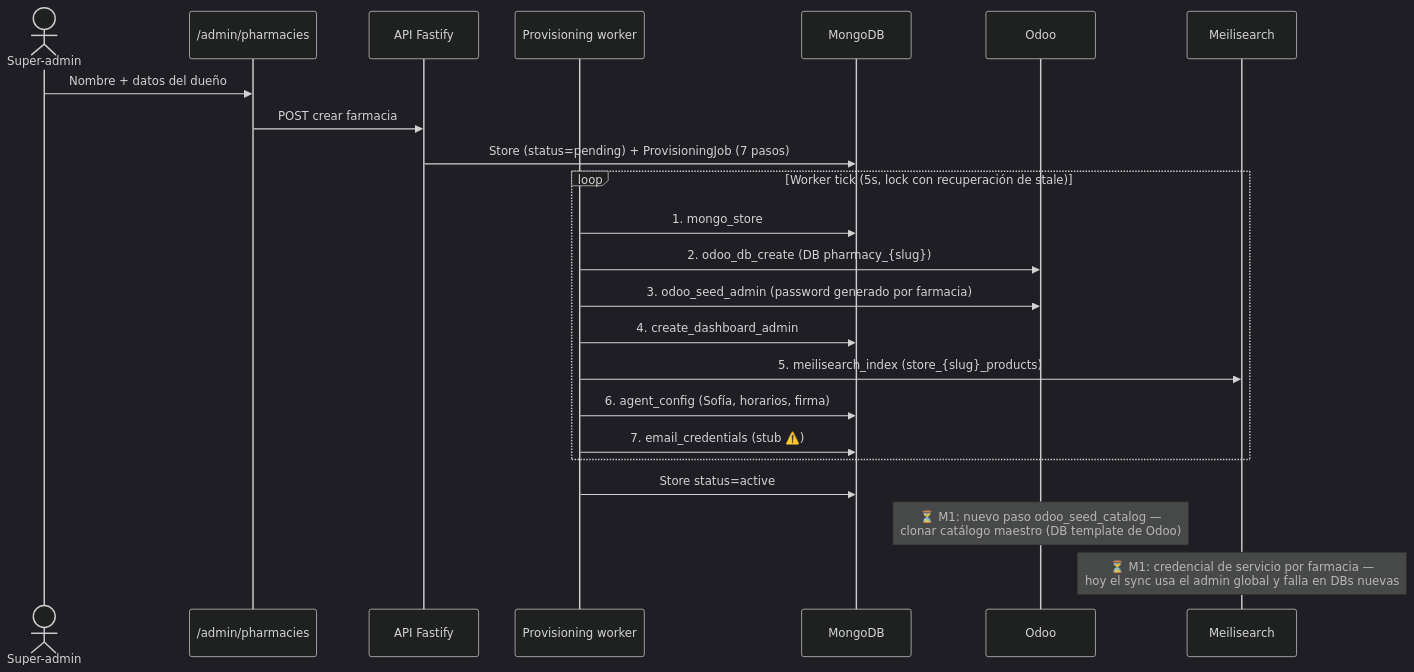
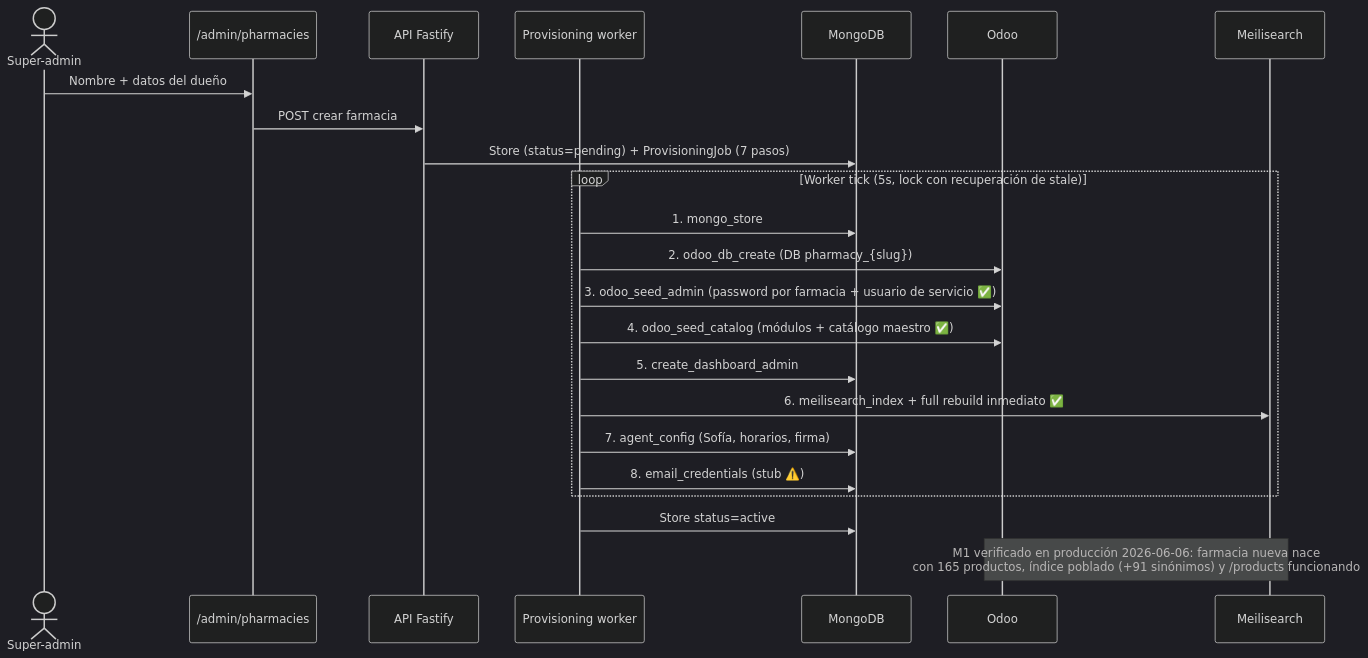
One commit to juniorspy/neo-farmacia changed the second of 8 diagrams in ARQUITECTURA_MODELO_NEGOCIO.md. Above: the diagram before and after it, drawn with Mermaid (dark theme). The commit also changed other lines of this file and 3 other files, not shown here.

First line of the commit message:
docs: sync all docs to real status - M1 verified, M1.5 real catalog planned

````diff
--- a/ARQUITECTURA_MODELO_NEGOCIO.md
+++ b/ARQUITECTURA_MODELO_NEGOCIO.md
@@ -169,26 +173,26 @@
 ```mermaid
 sequenceDiagram
   actor SA as Super-admin
   participant UI as /admin/pharmacies
   participant API as API Fastify
   participant W as Provisioning worker
   participant M as MongoDB
   participant O as Odoo
   participant S as Meilisearch
 
   SA->>UI: Nombre + datos del dueño
   UI->>API: POST crear farmacia
   API->>M: Store (status=pending) + ProvisioningJob (7 pasos)
   loop Worker tick (5s, lock con recuperación de stale)
     W->>M: 1. mongo_store
     W->>O: 2. odoo_db_create (DB pharmacy_{slug})
-    W->>O: 3. odoo_seed_admin (password generado por farmacia)
-    W->>M: 4. create_dashboard_admin
-    W->>S: 5. meilisearch_index (store_{slug}_products)
-    W->>M: 6. agent_config (Sofía, horarios, firma)
-    W->>M: 7. email_credentials (stub ⚠️)
+    W->>O: 3. odoo_seed_admin (password por farmacia + usuario de servicio ✅)
+    W->>O: 4. odoo_seed_catalog (módulos + catálogo maestro ✅)
+    W->>M: 5. create_dashboard_admin
+    W->>S: 6. meilisearch_index + full rebuild inmediato ✅
+    W->>M: 7. agent_config (Sofía, horarios, firma)
+    W->>M: 8. email_credentials (stub ⚠️)
   end
   W->>M: Store status=active
-  Note over O: ⏳ M1: nuevo paso odoo_seed_catalog —<br/>clonar catálogo maestro (DB template de Odoo)
-  Note over S: ⏳ M1: credencial de servicio por farmacia —<br/>hoy el sync usa el admin global y falla en DBs nuevas
+  Note over O,S: M1 verificado en producción 2026-06-06: farmacia nueva nace<br/>con 165 productos, índice poblado (+91 sinónimos) y /products funcionando
 ```
````
